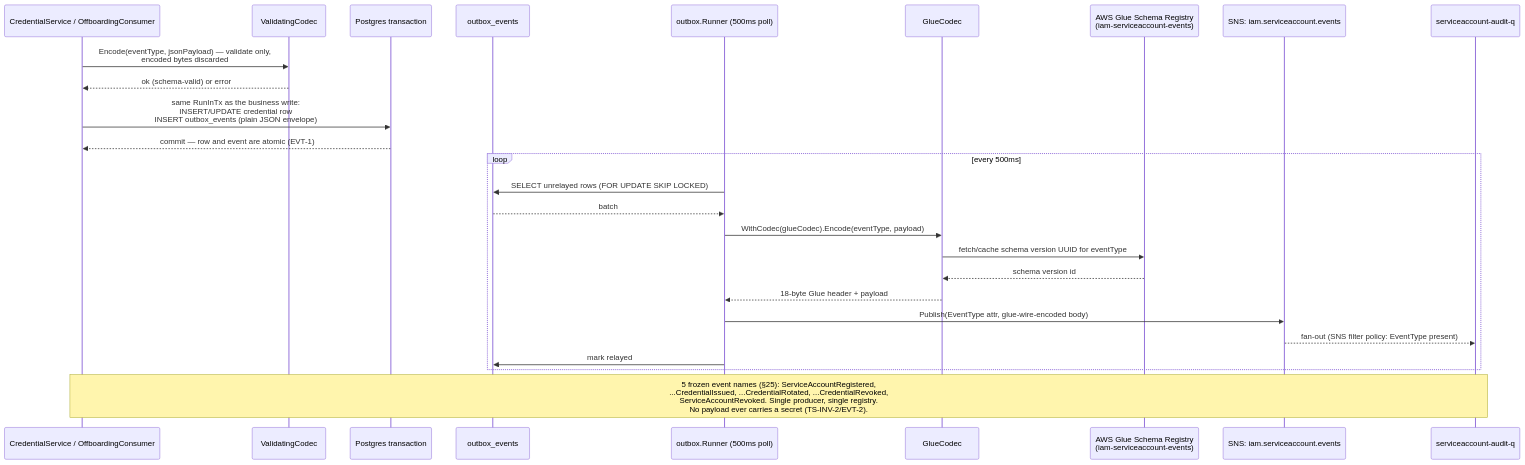
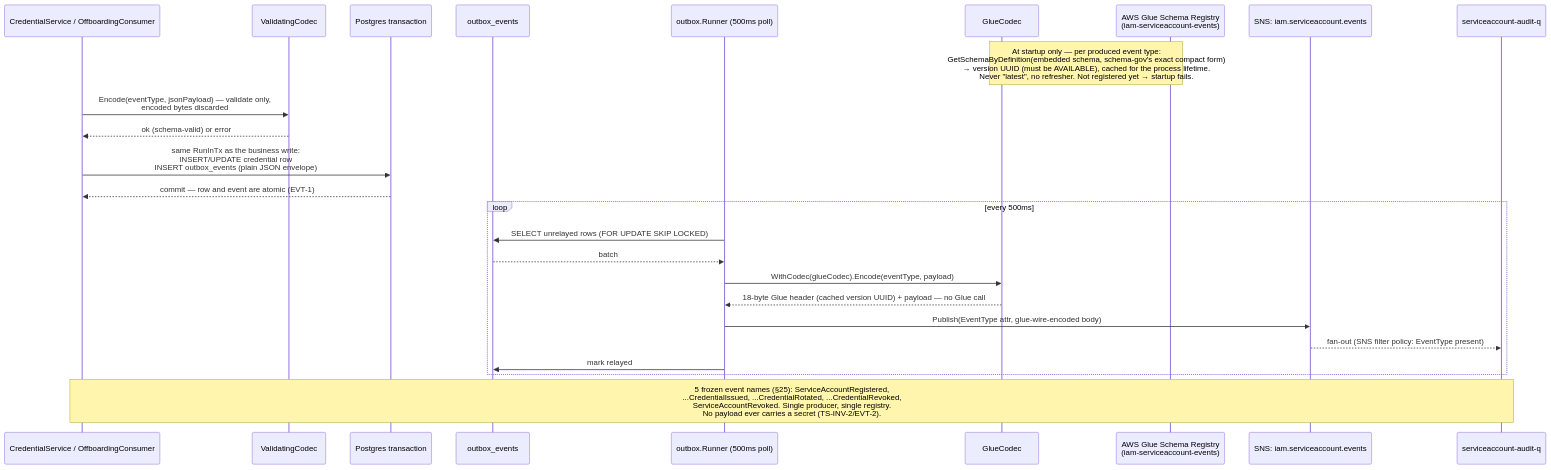
Before and after one commit to BCBP-SOLUTIONS-FZC-LLC/iam-token-service: the tenth of 13 diagrams in ARCHITECTURE.md, drawn with Mermaid. The commit also changed other lines of this file and 30 other files, not shown here.

````diff
--- a/ARCHITECTURE.md
+++ b/ARCHITECTURE.md
@@ -727,31 +742,30 @@
 ```mermaid
 sequenceDiagram
     participant SVC as CredentialService / OffboardingConsumer
     participant CODEC as ValidatingCodec
     participant TX as Postgres transaction
     participant OUT as outbox_events
     participant RUNNER as outbox.Runner (500ms poll)
     participant GLUE as GlueCodec
     participant REG as AWS Glue Schema Registry<br/>(iam-serviceaccount-events)
     participant SNS as SNS: iam.serviceaccount.events
     participant SQS as serviceaccount-audit-q
 
+    Note over GLUE,REG: At startup only — per produced event type:<br/>GetSchemaByDefinition(embedded schema, schema-gov's exact compact form)<br/>→ version UUID (must be AVAILABLE), cached for the process lifetime.<br/>Never "latest", no refresher. Not registered yet → startup fails.
     SVC->>CODEC: Encode(eventType, jsonPayload) — validate only,<br/>encoded bytes discarded
     CODEC-->>SVC: ok (schema-valid) or error
     SVC->>TX: same RunInTx as the business write:<br/>INSERT/UPDATE credential row<br/>INSERT outbox_events (plain JSON envelope)
     TX-->>SVC: commit — row and event are atomic (EVT-1)
 
     loop every 500ms
         RUNNER->>OUT: SELECT unrelayed rows (FOR UPDATE SKIP LOCKED)
         OUT-->>RUNNER: batch
         RUNNER->>GLUE: WithCodec(glueCodec).Encode(eventType, payload)
-        GLUE->>REG: fetch/cache schema version UUID for eventType
-        REG-->>GLUE: schema version id
-        GLUE-->>RUNNER: 18-byte Glue header + payload
+        GLUE-->>RUNNER: 18-byte Glue header (cached version UUID) + payload — no Glue call
         RUNNER->>SNS: Publish(EventType attr, glue-wire-encoded body)
         SNS-->>SQS: fan-out (SNS filter policy: EventType present)
         RUNNER->>OUT: mark relayed
     end
 
     Note over SVC,SQS: 5 frozen event names (§25): ServiceAccountRegistered,<br/>...CredentialIssued, ...CredentialRotated, ...CredentialRevoked,<br/>ServiceAccountRevoked. Single producer, single registry.<br/>No payload ever carries a secret (TS-INV-2/EVT-2).
 ```
````
